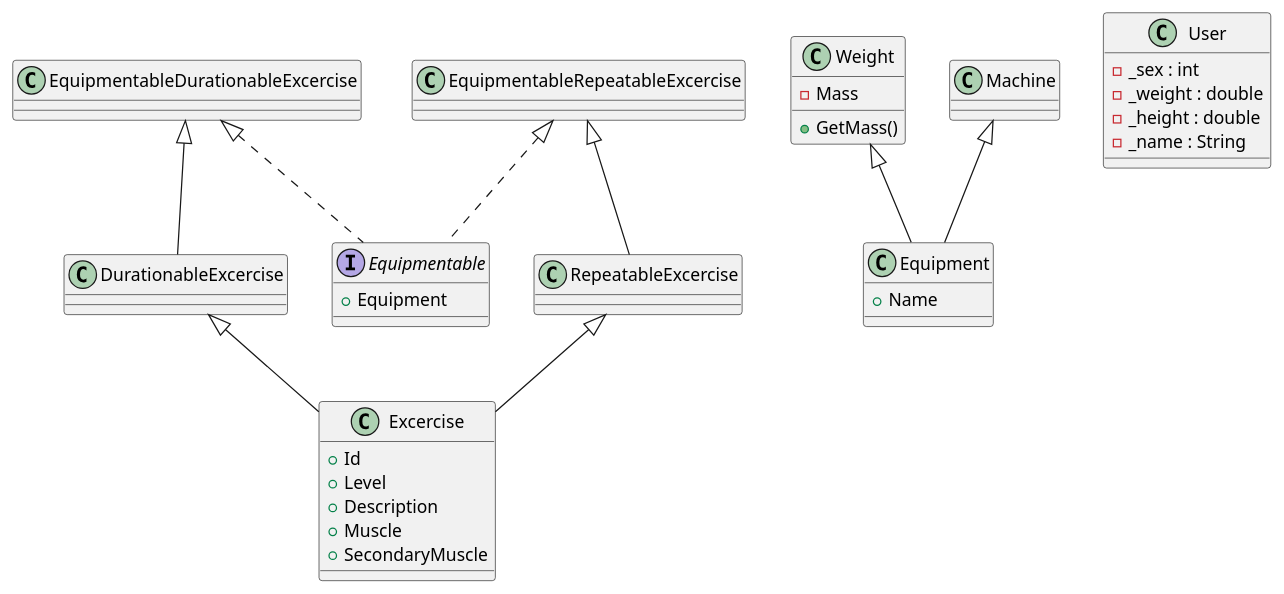
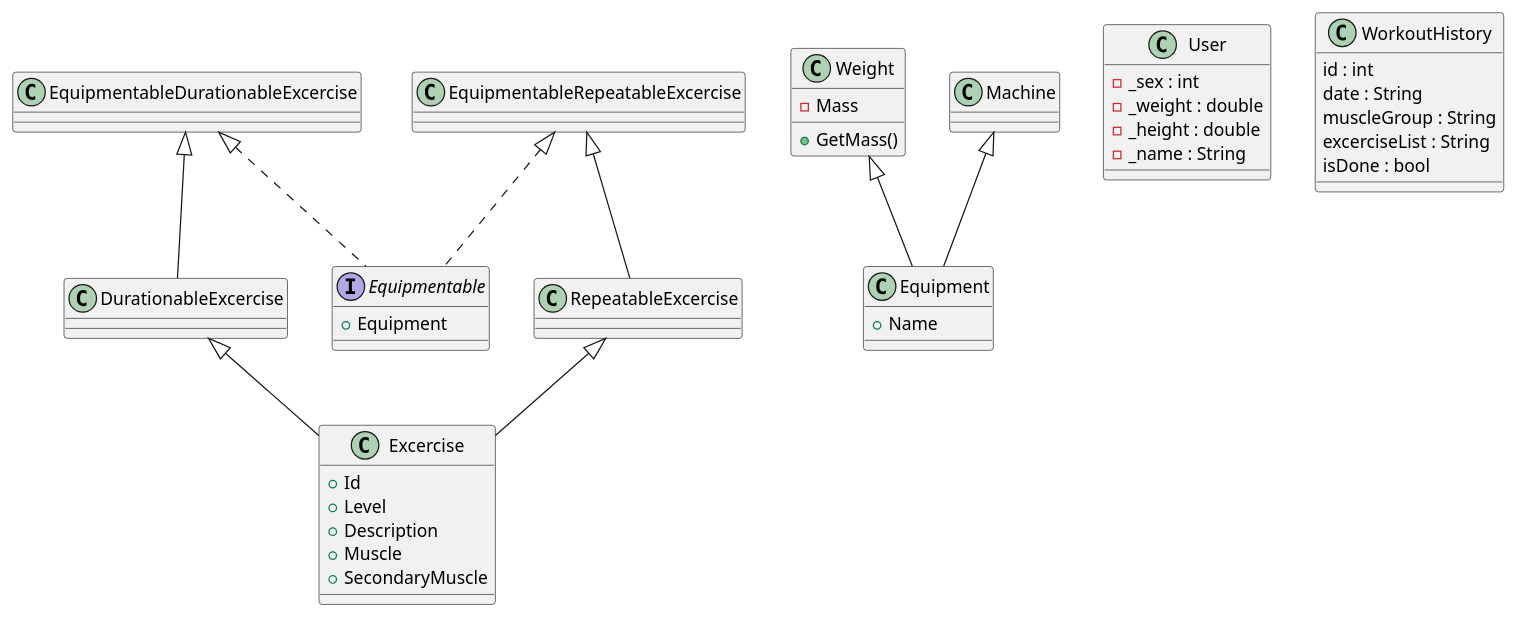
Before and after one commit to KATTSS/Workout_planner: the diagram in entities_diagram.puml, drawn with PlantUML. The commit also changed 8 other files, not shown here.

Commit message:
Feature: add primary logic for workout history DB

```diff
--- a/entities_diagram.puml
+++ b/entities_diagram.puml
@@ -1,62 +1,70 @@
 @startuml BaseEntities
 
 class Excercise {
     + Id 
     + Level
     + Description 
     + Muscle 
     + SecondaryMuscle 
 }
 
 interface Equipmentable{
     + Equipment
 }
 
 class DurationableExcercise{
 
 }
 
 class RepeatableExcercise {
 
 }
 
 class EquipmentableDurationableExcercise {
 
 }
 
 class EquipmentableRepeatableExcercise {
 
 }
 
 class Weight {
     - Mass 
     + GetMass()
 }
 
 class Machine{
 }
 
 class Equipment {
     + Name
 }
 
 class User {
     - _sex : int 
     - _weight : double 
     - _height : double 
     - _name : String 
 }
 
+class WorkoutHistory {
+    id : int
+    date : String 
+    muscleGroup : String
+    excerciseList : String
+    isDone : bool 
+}
+
 DurationableExcercise <|-- Excercise
 RepeatableExcercise <|-- Excercise
 
 
 EquipmentableDurationableExcercise <|-- DurationableExcercise
 EquipmentableRepeatableExcercise <|-- RepeatableExcercise
 
 EquipmentableDurationableExcercise <|.. Equipmentable
 EquipmentableRepeatableExcercise <|.. Equipmentable
 
 Machine <|-- Equipment
 Weight <|-- Equipment
 @enduml 
```
